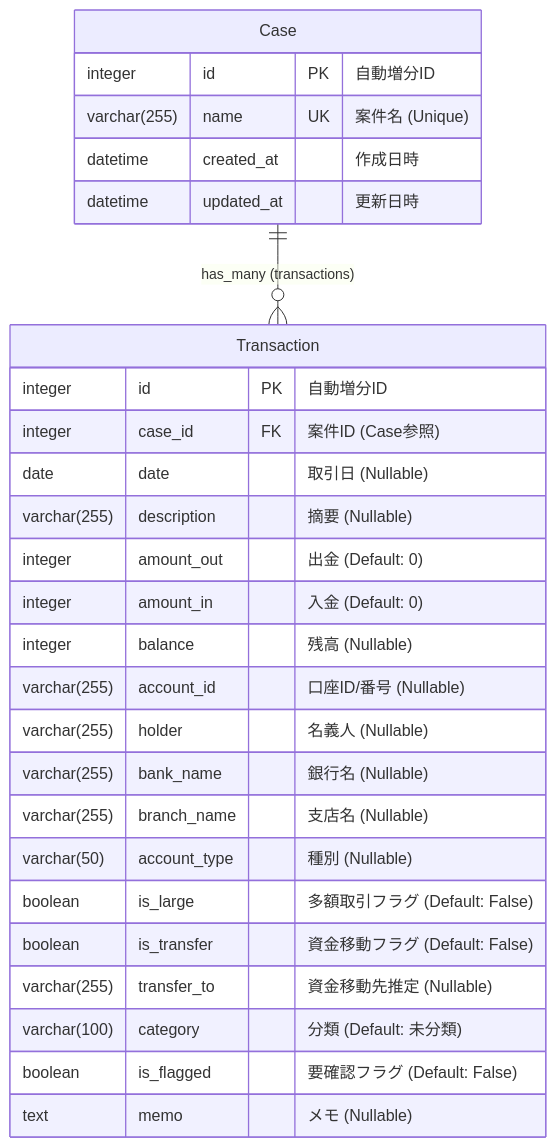
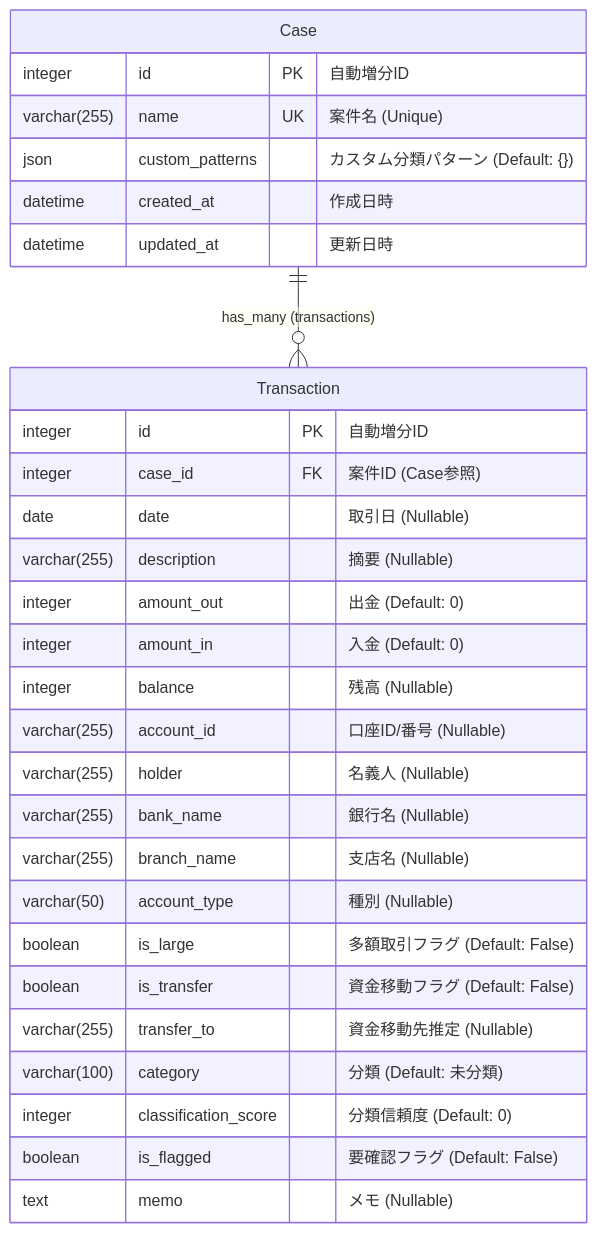
Before and after one commit to kojima1978/tax_apps: the diagram in apps/bank-analyzer-django/ER_DIAGRAM.md, drawn with Mermaid. The commit also changed other lines of this file and 14 other files, not shown here.

First line of the commit message:
docs: 全アプリのREADME.mdとER図を実態に合わせて更新

````diff
--- a/apps/bank-analyzer-django/ER_DIAGRAM.md
+++ b/apps/bank-analyzer-django/ER_DIAGRAM.md
@@ -5,32 +5,34 @@
 ```mermaid
 erDiagram
     Case ||--o{ Transaction : "has_many (transactions)"
 
     Case {
         integer id PK "自動増分ID"
         varchar(255) name UK "案件名 (Unique)"
+        json custom_patterns "カスタム分類パターン (Default: {})"
         datetime created_at "作成日時"
         datetime updated_at "更新日時"
     }
 
     Transaction {
         integer id PK "自動増分ID"
         integer case_id FK "案件ID (Case参照)"
         date date "取引日 (Nullable)"
         varchar(255) description "摘要 (Nullable)"
         integer amount_out "出金 (Default: 0)"
         integer amount_in "入金 (Default: 0)"
         integer balance "残高 (Nullable)"
         varchar(255) account_id "口座ID/番号 (Nullable)"
         varchar(255) holder "名義人 (Nullable)"
         varchar(255) bank_name "銀行名 (Nullable)"
         varchar(255) branch_name "支店名 (Nullable)"
         varchar(50) account_type "種別 (Nullable)"
         boolean is_large "多額取引フラグ (Default: False)"
         boolean is_transfer "資金移動フラグ (Default: False)"
         varchar(255) transfer_to "資金移動先推定 (Nullable)"
         varchar(100) category "分類 (Default: 未分類)"
+        integer classification_score "分類信頼度 (Default: 0)"
         boolean is_flagged "要確認フラグ (Default: False)"
         text memo "メモ (Nullable)"
     }
 ```
````
